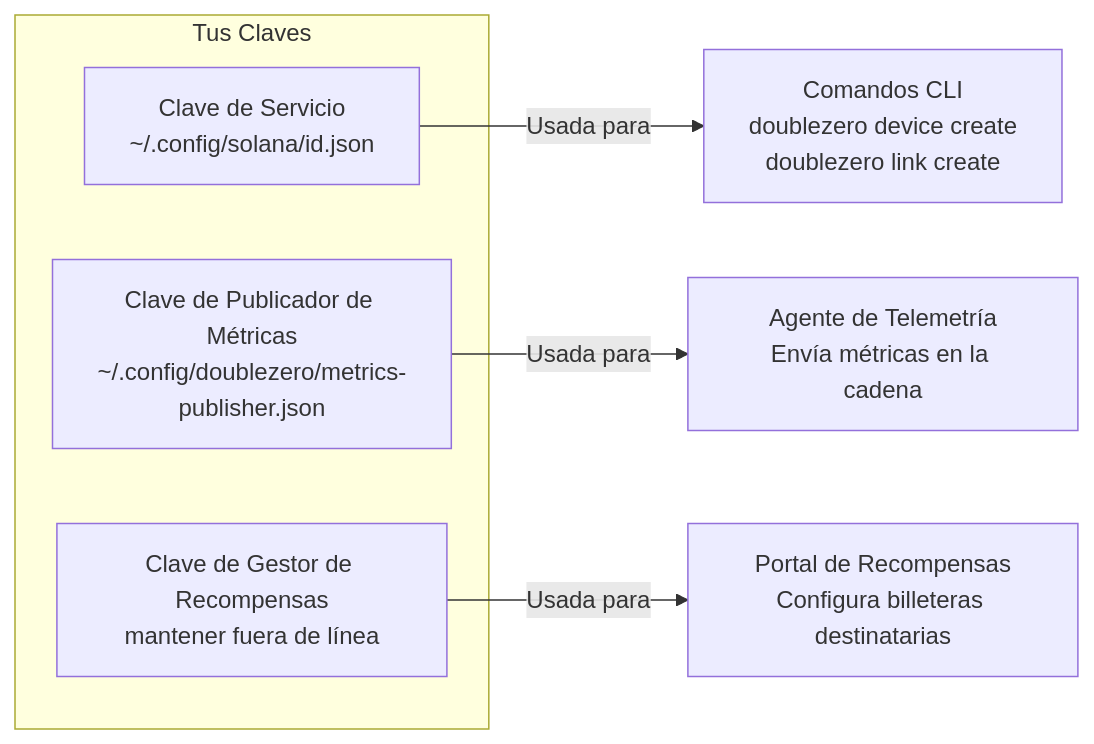
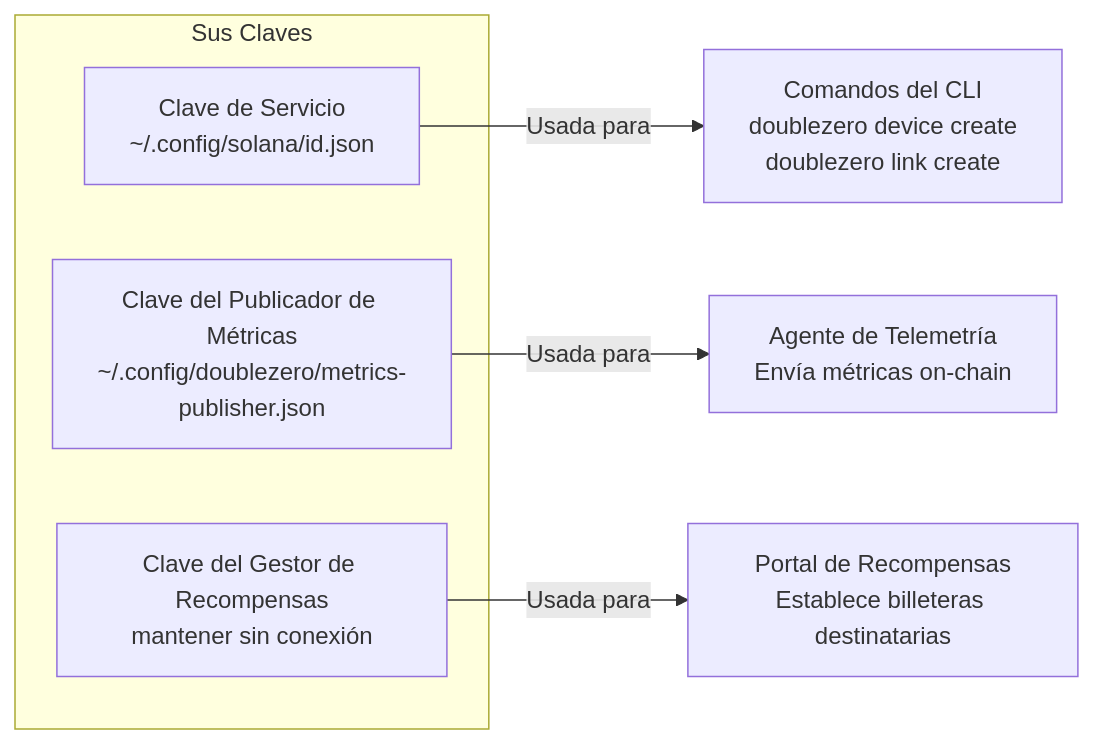
The fourth of 10 diagrams in docs/contribute-provisioning.es.md (malbeclabs/docs), drawn with Mermaid before and after one commit. The commit also changed other lines of this file and 27 other files, not shown here.

````diff
--- a/docs/contribute-provisioning.es.md
+++ b/docs/contribute-provisioning.es.md
@@ -208,12 +208,12 @@
 ```mermaid
 flowchart LR
-    subgraph "Tus Claves"
+    subgraph "Sus Claves"
         SK[Clave de Servicio<br/>~/.config/solana/id.json]
-        MK[Clave de Publicador de Métricas<br/>~/.config/doublezero/metrics-publisher.json]
-        RK[Clave de Gestor de Recompensas<br/>mantener fuera de línea]
+        MK[Clave del Publicador de Métricas<br/>~/.config/doublezero/metrics-publisher.json]
+        RK[Clave del Gestor de Recompensas<br/>mantener sin conexión]
     end
 
-    SK -->|Usada para| CLI[Comandos CLI<br/>doublezero device create<br/>doublezero link create]
-    MK -->|Usada para| TEL[Agente de Telemetría<br/>Envía métricas en la cadena]
-    RK -->|Usada para| REW[Portal de Recompensas<br/>Configura billeteras destinatarias]
+    SK -->|Usada para| CLI[Comandos del CLI<br/>doublezero device create<br/>doublezero link create]
+    MK -->|Usada para| TEL[Agente de Telemetría<br/>Envía métricas on-chain]
+    RK -->|Usada para| REW[Portal de Recompensas<br/>Establece billeteras destinatarias]
 ```
````
